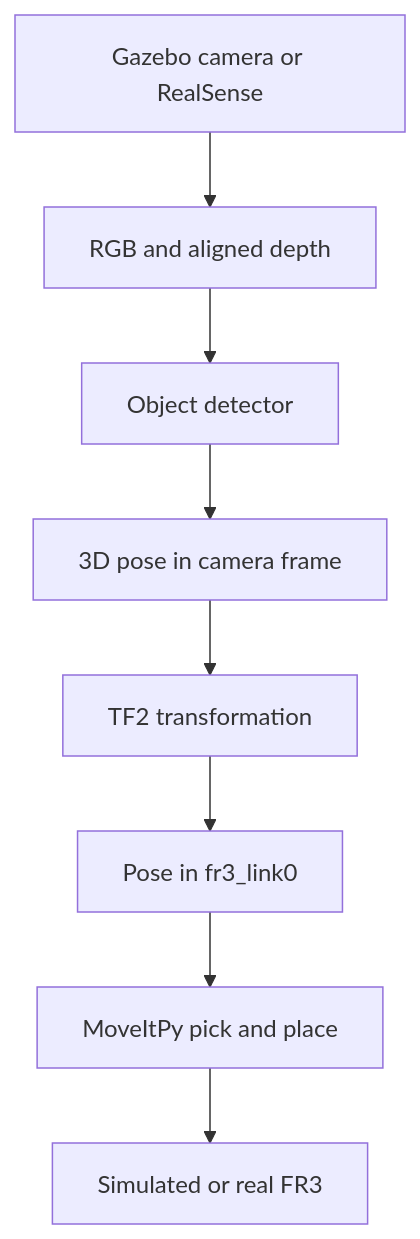
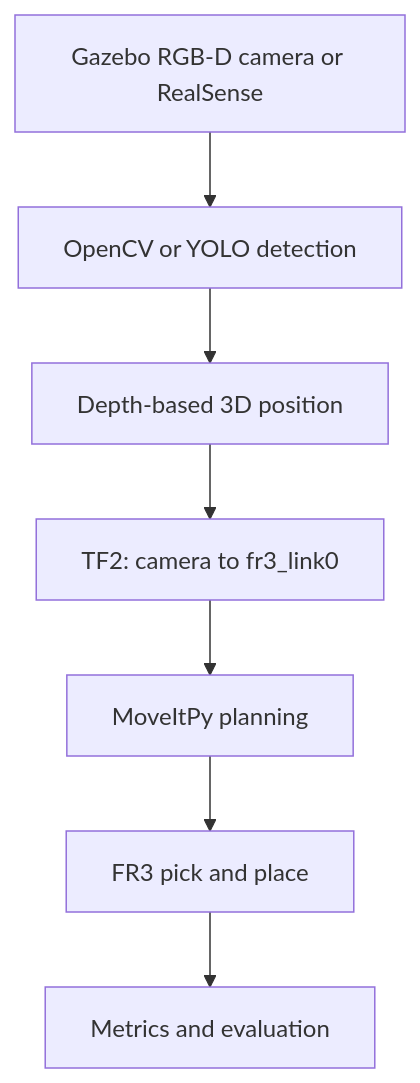
The diagram in README.md (ytang19-glitch/FR3-Vision-Guided-Sorting-Cell), drawn with Mermaid before and after one commit. The commit also changed other lines of this file, not shown here.

````diff
--- a/README.md
+++ b/README.md
@@ -28,10 +20,9 @@
 ```mermaid
 flowchart TD
-    A["Gazebo camera or RealSense"] --> B["RGB and aligned depth"]
-    B --> C["Object detector"]
-    C --> D["3D pose in camera frame"]
-    D --> E["TF2 transformation"]
-    E --> F["Pose in fr3_link0"]
-    F --> G["MoveItPy pick and place"]
-    G --> H["Simulated or real FR3"]
+    A["Gazebo RGB-D camera or RealSense"] --> B["OpenCV or YOLO detection"]
+    B --> C["Depth-based 3D position"]
+    C --> D["TF2: camera to fr3_link0"]
+    D --> E["MoveItPy planning"]
+    E --> F["FR3 pick and place"]
+    F --> G["Metrics and evaluation"]
 ```
````
